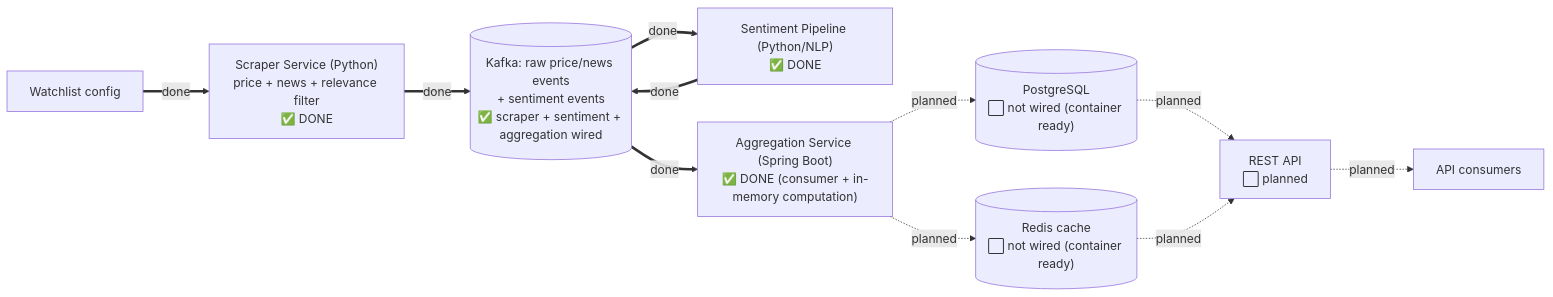
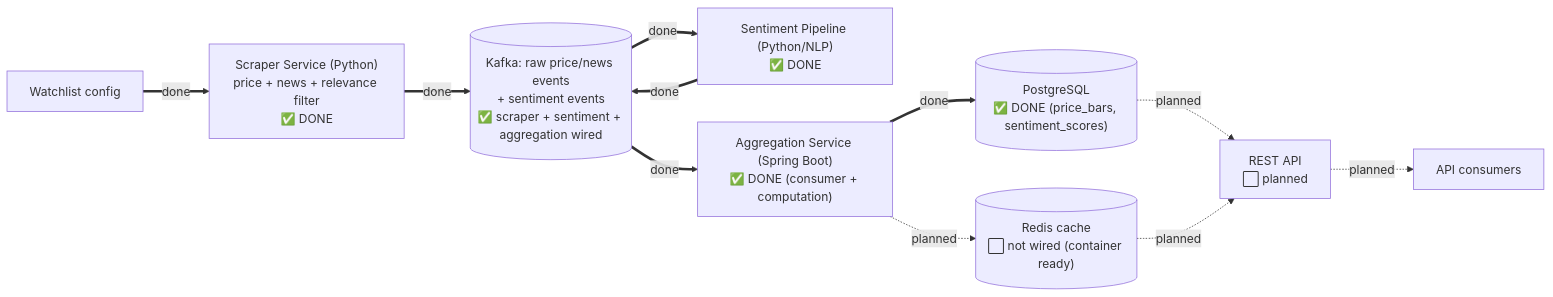
Before and after one commit to shreyansgosalia18/marketpulse: the diagram in docs/architecture/system-overview.md, drawn with Mermaid. The commit also changed other lines of this file and 18 other files, not shown here.

````diff
--- a/docs/architecture/system-overview.md
+++ b/docs/architecture/system-overview.md
@@ -7,23 +7,23 @@
 ```mermaid
 flowchart LR
     WL["Watchlist config"]
     SC["Scraper Service (Python)<br/>price + news + relevance filter<br/>✅ DONE"]
     SENT["Sentiment Pipeline (Python/NLP)<br/>✅ DONE"]
     KAFKA[("Kafka: raw price/news events<br/>+ sentiment events<br/>✅ scraper + sentiment + aggregation wired")]
-    AGG["Aggregation Service (Spring Boot)<br/>✅ DONE (consumer + in-memory computation)"]
-    PG[("PostgreSQL<br/>⬜ not wired (container ready)")]
+    AGG["Aggregation Service (Spring Boot)<br/>✅ DONE (consumer + computation)"]
+    PG[("PostgreSQL<br/>✅ DONE (price_bars, sentiment_scores)")]
     REDIS[("Redis cache<br/>⬜ not wired (container ready)")]
     API["REST API<br/>⬜ planned"]
     CONSUMERS["API consumers"]
 
     WL ==>|done| SC
     SC ==>|done| KAFKA
     KAFKA ==>|done| SENT
     SENT ==>|done| KAFKA
     KAFKA ==>|done| AGG
-    AGG -.->|planned| PG
+    AGG ==>|done| PG
     AGG -.->|planned| REDIS
     PG -.->|planned| API
     REDIS -.->|planned| API
     API -.->|planned| CONSUMERS
 ```
````
